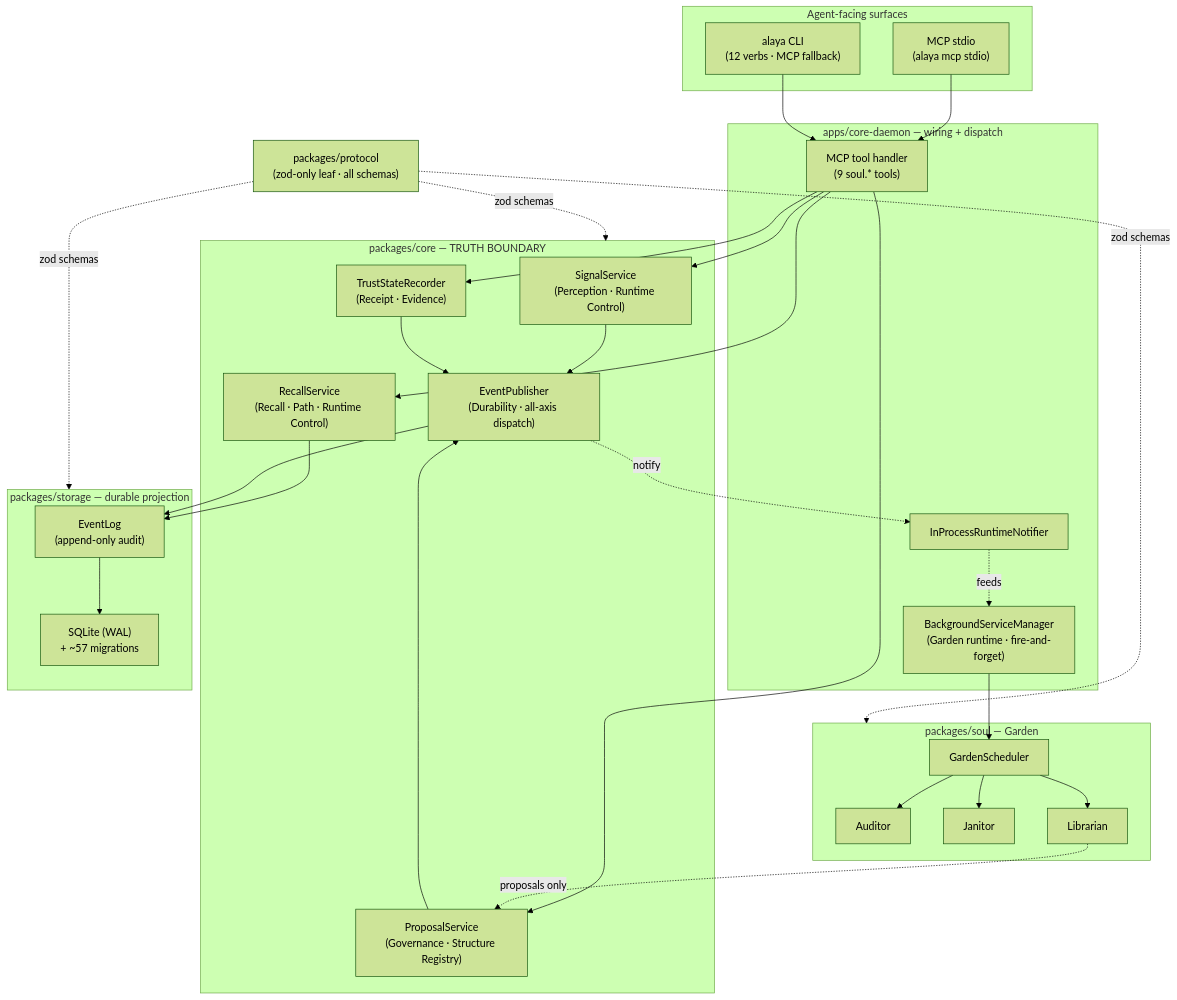
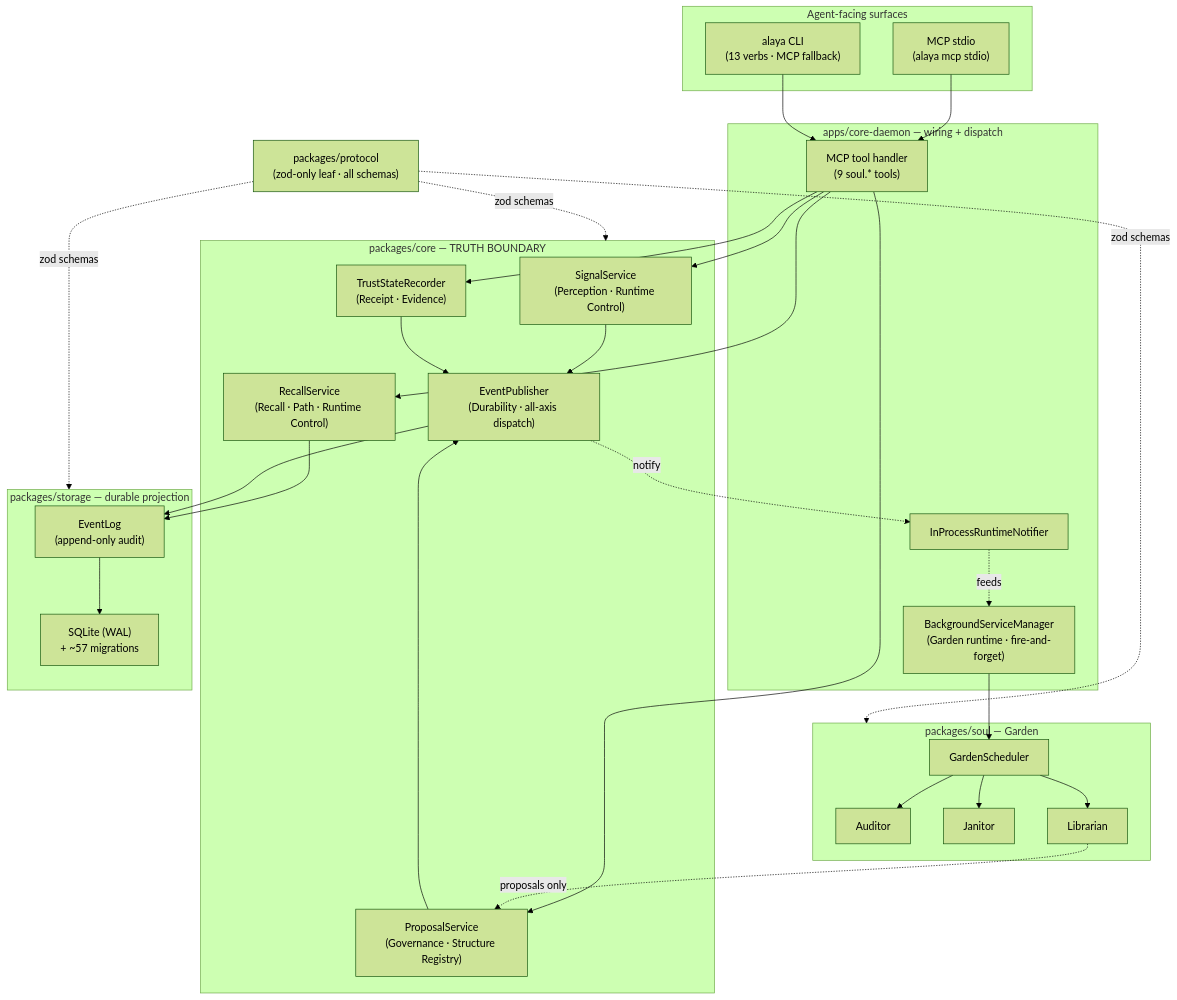
The second of 2 diagrams in README.md (tdwhere123/Do-SOUL-Alaya), drawn with Mermaid (forest theme) before and after one commit. The commit also changed other lines of this file and 26 other files, not shown here.

````diff
--- a/README.md
+++ b/README.md
@@ -316,57 +316,57 @@
 ```mermaid
 graph TD
     subgraph Surfaces["Agent-facing surfaces"]
         MCPS["MCP stdio<br/>(alaya mcp stdio)"]
-        CLIS["alaya CLI<br/>(12 verbs · MCP fallback)"]
+        CLIS["alaya CLI<br/>(13 verbs · MCP fallback)"]
     end
 
     subgraph Daemon["apps/core-daemon — wiring + dispatch"]
         TH["MCP tool handler<br/>(9 soul.* tools)"]
         BG["BackgroundServiceManager<br/>(Garden runtime · fire-and-forget)"]
         NOTI["InProcessRuntimeNotifier"]
     end
 
     subgraph Core["packages/core — TRUTH BOUNDARY"]
         SS["SignalService<br/>(Perception · Runtime Control)"]
         PROP["ProposalService<br/>(Governance · Structure Registry)"]
         EP["EventPublisher<br/>(Durability · all-axis dispatch)"]
         REC["RecallService<br/>(Recall · Path · Runtime Control)"]
         TR["TrustStateRecorder<br/>(Receipt · Evidence)"]
     end
 
     subgraph Soul["packages/soul — Garden"]
         AUD["Auditor"]
         JAN["Janitor"]
         LIB["Librarian"]
         SCH["GardenScheduler"]
     end
 
     subgraph StorageBox["packages/storage — durable projection"]
         EL["EventLog<br/>(append-only audit)"]
         DB["SQLite (WAL)<br/>+ ~57 migrations"]
     end
 
     PROTO["packages/protocol<br/>(zod-only leaf · all schemas)"]
 
     MCPS --> TH
     CLIS --> TH
     TH --> SS
     TH --> PROP
     TH --> REC
     TH --> TR
     SS --> EP
     PROP --> EP
     REC --> EL
     TR --> EP
     EP --> EL
     EL --> DB
     EP -.notify.-> NOTI
     NOTI -.feeds.-> BG
     BG --> SCH
     SCH --> AUD & JAN & LIB
     LIB -.proposals only.-> PROP
 
     PROTO -. zod schemas .-> Core
     PROTO -. zod schemas .-> Soul
     PROTO -. zod schemas .-> StorageBox
 ```
````
